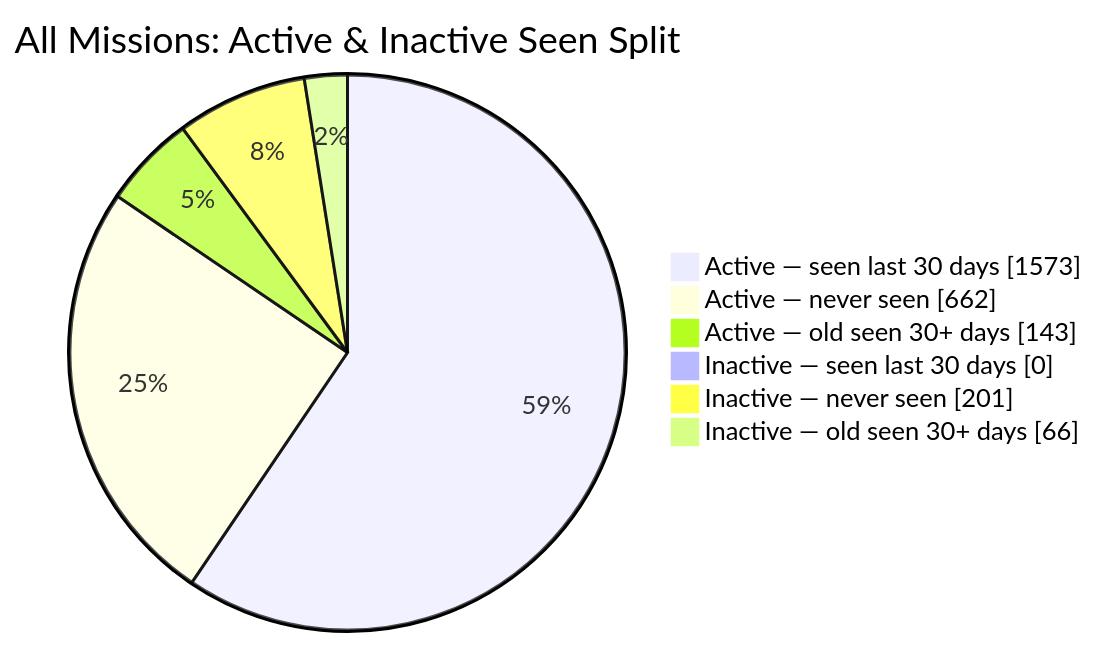
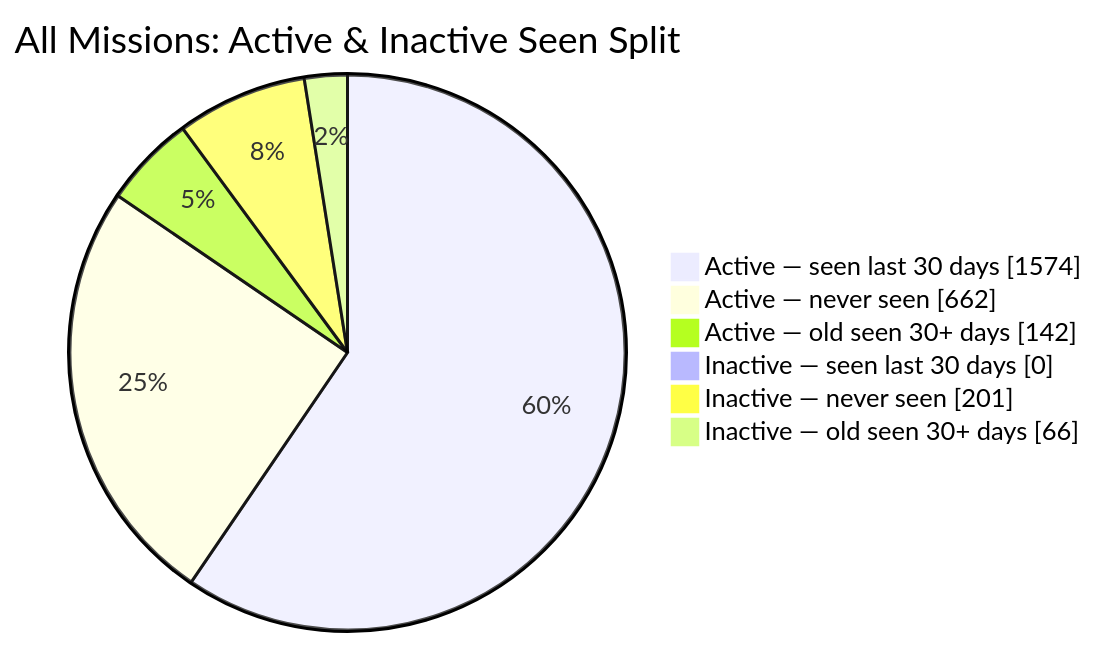
Before and after one commit to MeldkamerspelGameTeam/active-missions: the second of 2 diagrams in README.md, drawn with Mermaid. The commit also changed other lines of this file and 2 other files, not shown here.

````diff
--- a/README.md
+++ b/README.md
@@ -44,10 +44,10 @@
 ```mermaid
 pie showData
     title All Missions: Active & Inactive Seen Split
-    "Active — seen last 30 days" : 1573
+    "Active — seen last 30 days" : 1574
     "Active — never seen" : 662
-    "Active — old seen 30+ days" : 143
+    "Active — old seen 30+ days" : 142
     "Inactive — seen last 30 days" : 0
     "Inactive — never seen" : 201
     "Inactive — old seen 30+ days" : 66
 ```
````
